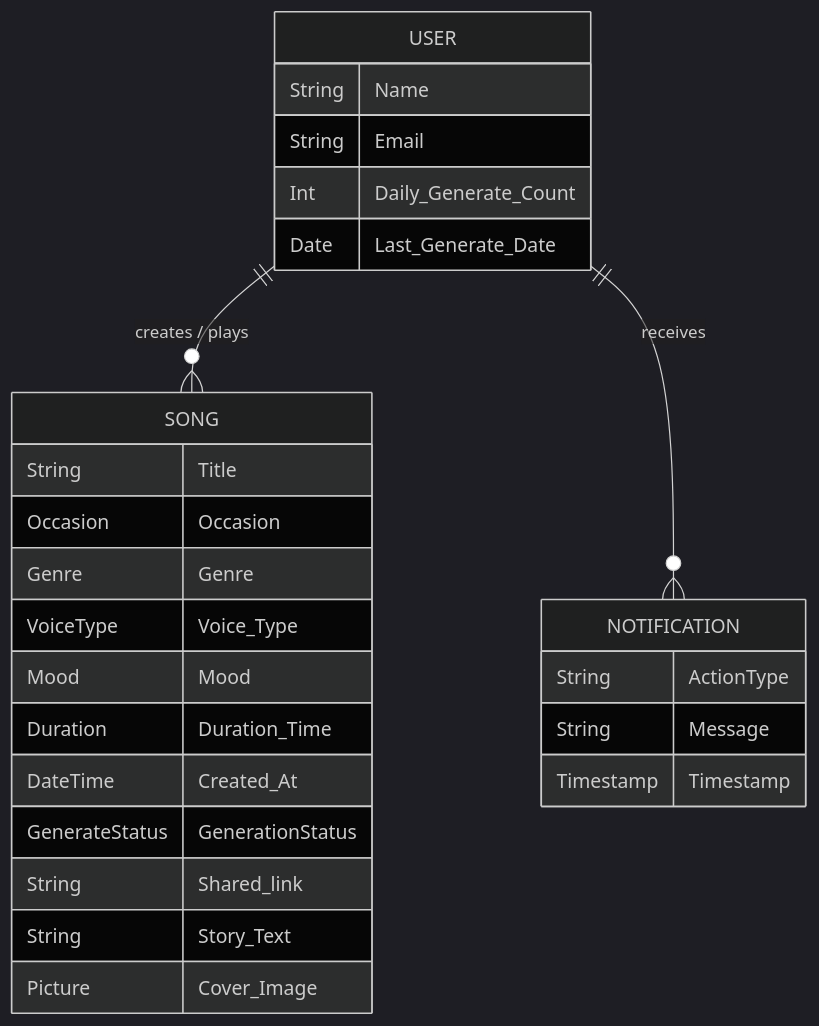
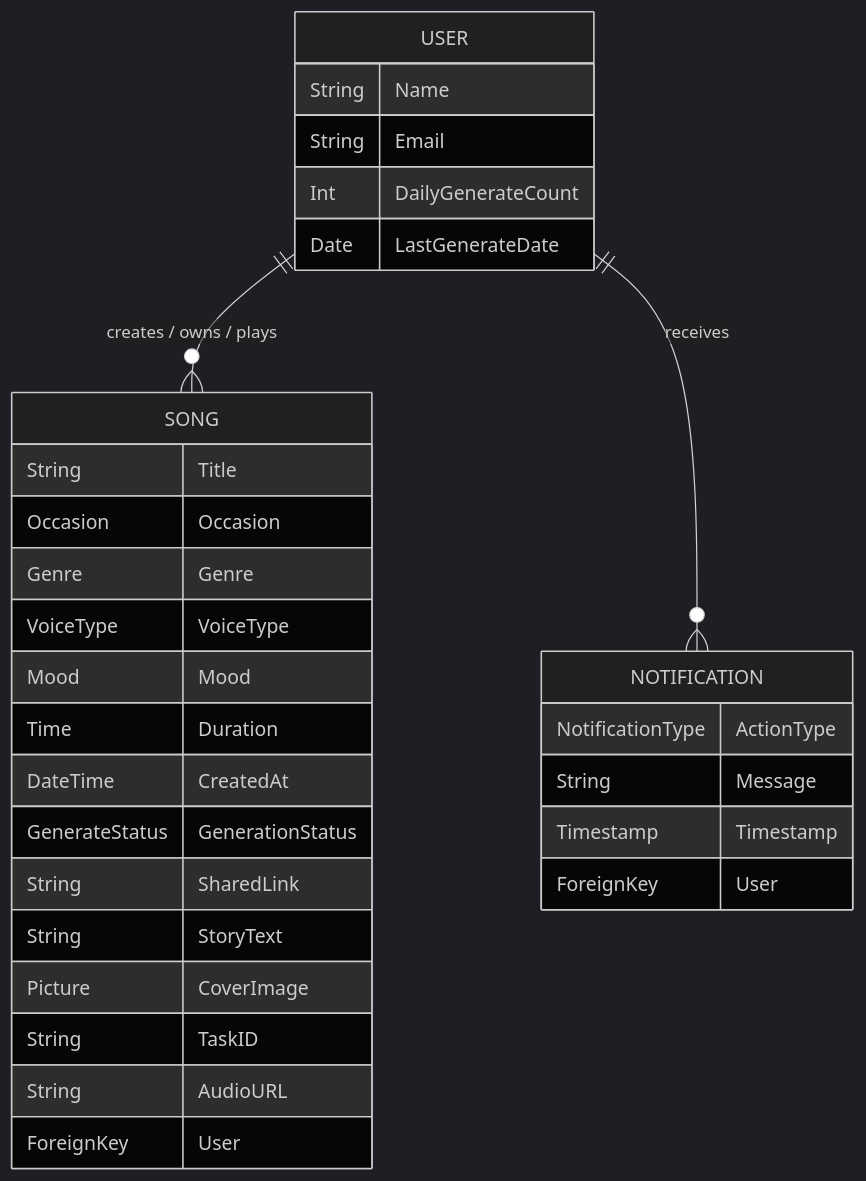
The first of 3 diagrams in README.md (maxmukdakul/chitara_project), drawn with Mermaid (dark theme) before and after one commit. The commit also changed other lines of this file and 6 other files, not shown here.

````diff
--- a/README.md
+++ b/README.md
@@ -182,32 +110,36 @@
 ```mermaid
 erDiagram
-    USER ||--o{ SONG : "creates / plays"
+    USER ||--o{ SONG : "creates / owns / plays"
     USER ||--o{ NOTIFICATION : "receives"
-    
+
     USER {
-        String Name
-        String Email
-        Int Daily_Generate_Count
-        Date Last_Generate_Date
+        String  Name
+        String  Email
+        Int     DailyGenerateCount
+        Date    LastGenerateDate
     }
-    
+
     SONG {
-        String Title
-        Occasion Occasion
-        Genre Genre
-        VoiceType Voice_Type
-        Mood Mood
-        Duration Duration_Time
-        DateTime Created_At
+        String         Title
+        Occasion       Occasion
+        Genre          Genre
+        VoiceType      VoiceType
+        Mood           Mood
+        Time           Duration
+        DateTime       CreatedAt
         GenerateStatus GenerationStatus
-        String Shared_link
-        String Story_Text
-        Picture Cover_Image
+        String         SharedLink
+        String         StoryText
+        Picture        CoverImage
+        String         TaskID
+        String         AudioURL
+        ForeignKey     User
     }
-    
+
     NOTIFICATION {
-        String ActionType
-        String Message
-        Timestamp Timestamp
+        NotificationType  ActionType
+        String            Message
+        Timestamp         Timestamp
+        ForeignKey        User
     }
 ```
````
